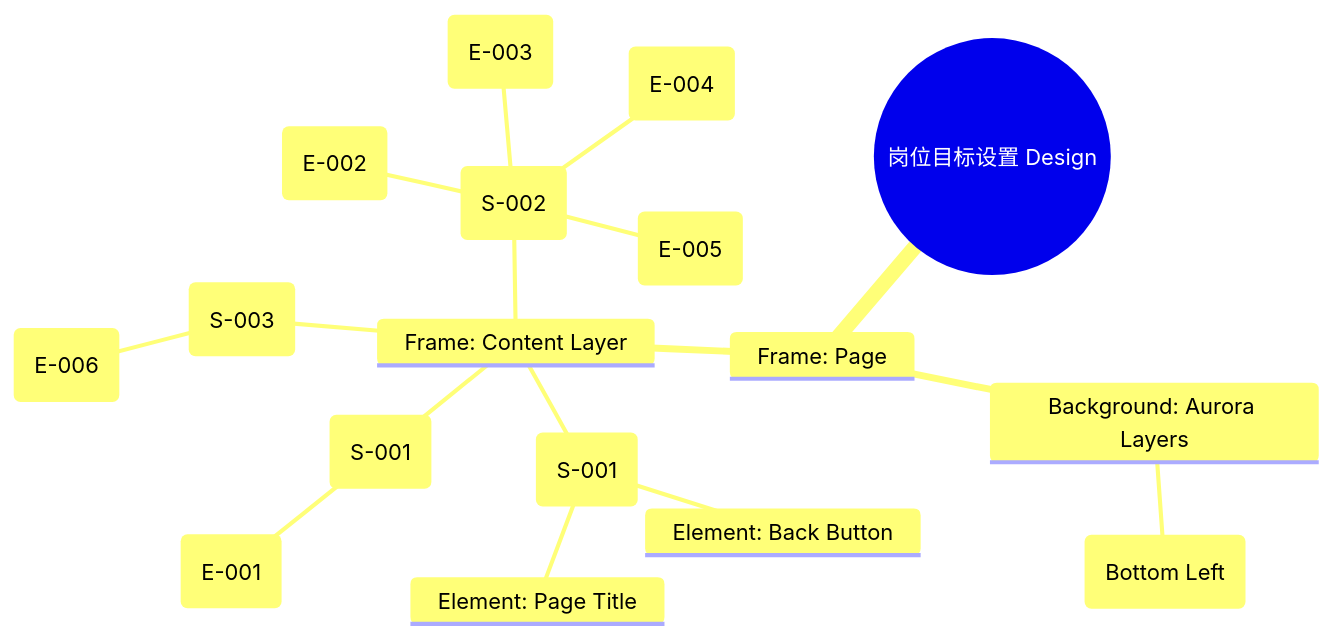
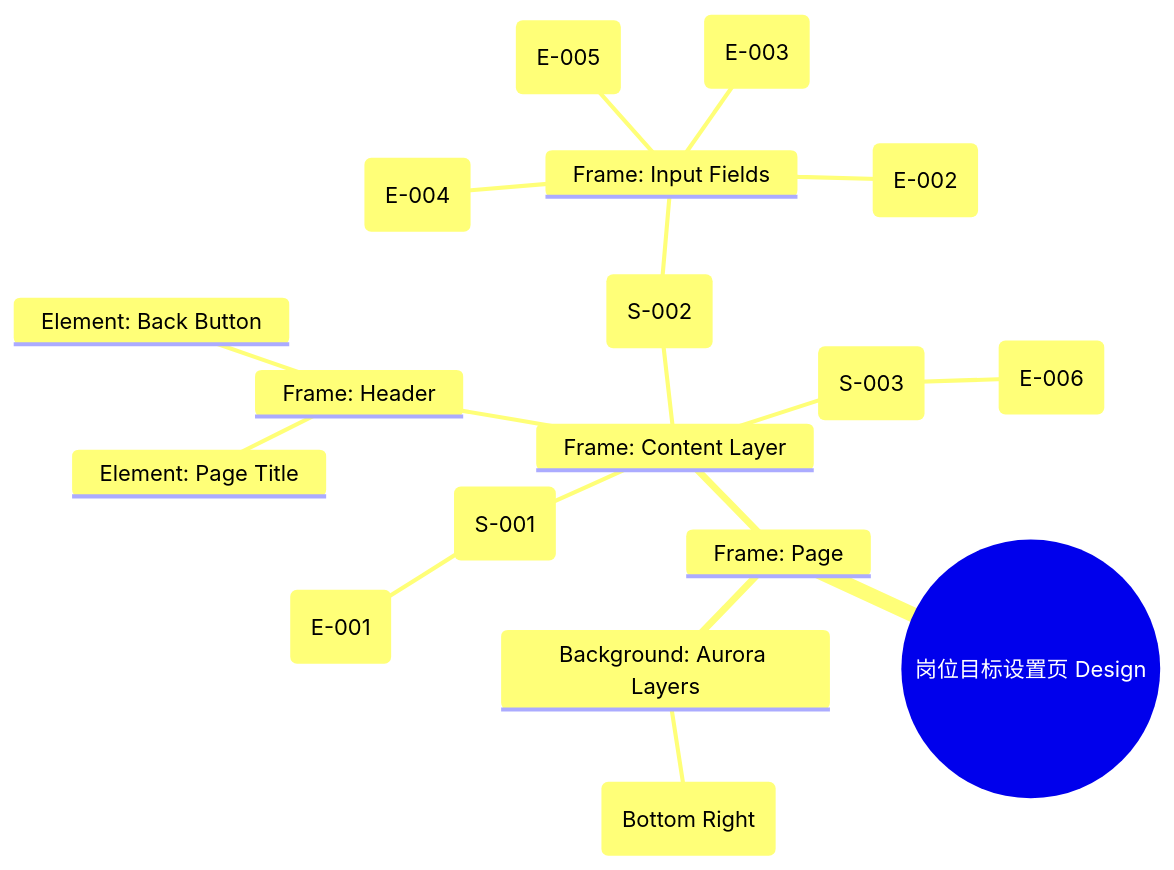
One commit to WangTW98/PM-Document-Skills changed the diagram in product/release/design/040-target-job.md. Above: the diagram before and after it, drawn with Mermaid. The commit also changed other lines of this file and 14 other files, not shown here.

````diff
--- a/product/release/design/040-target-job.md
+++ b/product/release/design/040-target-job.md
@@ -47,20 +46,21 @@
 ```mermaid
 mindmap
-  root((岗位目标设置 Design))
+  root((岗位目标设置页 Design))
     Frame: Page
       Background: Aurora Layers
-        Blob: Cyan Glow (Bottom Left)
+        Blob: Blue Glow (Bottom Right)
       Frame: Content Layer
-        Frame: Navigation (S-001)
+        Frame: Header
           Element: Back Button
           Element: Page Title
-        Frame: Intro Section (S-001)
-          Element: Instruction Text (E-001)
-        Frame: Glass Form Card (S-002)
-          Frame: Input Group: Target Job (E-002)
-          Frame: Input Group: Industry (E-003)
-          Frame: Input Group: City (E-004)
-          Frame: Textarea Group: Job Description (E-005)
-        Frame: Sticky Footer (S-003)
-          Element: Submit Button (E-006)
+        Frame: Hint Section (S-001)
+          Element: Guide Text (E-001)
+        Frame: Form Card (S-002)
+          Frame: Input Fields
+            Element: Job Title (E-002)
+            Element: Industry Select (E-003)
+            Element: City Input (E-004)
+            Element: JD Textarea (E-005)
+        Frame: Footer Action (S-003)
+          Element: Generate Button (E-006)
 ```
````
